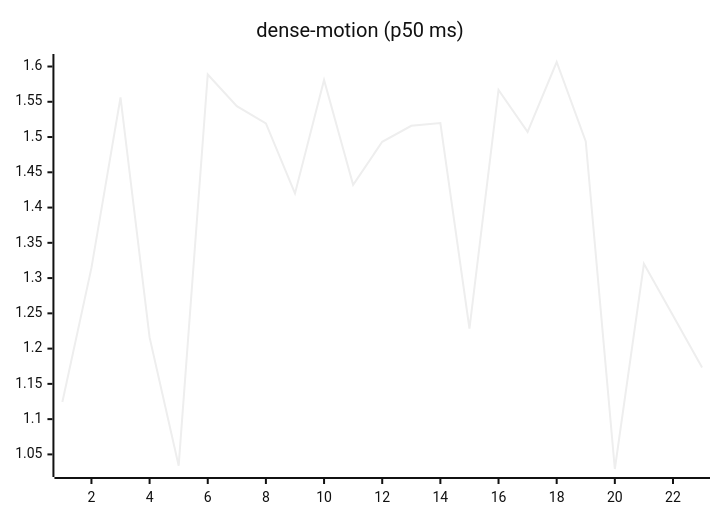
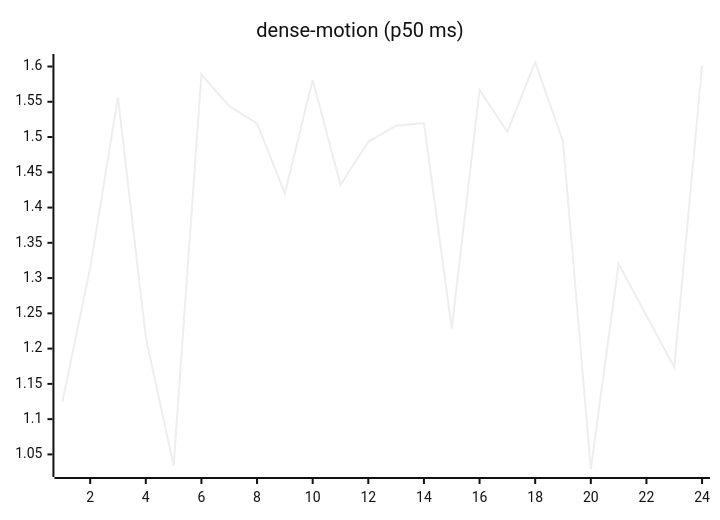
Before and after one commit to josha/Facet: the ninth of 27 diagrams in README.md, drawn with Mermaid (neutral theme). The commit also changed other lines of this file and 2 other files, not shown here.

````diff
--- a/README.md
+++ b/README.md
@@ -119,6 +119,6 @@
 ```mermaid
 xychart-beta
     title "dense-motion (p50 ms)"
-    x-axis 1 --> 23
-    line [1.1243, 1.3144, 1.5562, 1.2159, 1.0340, 1.5887, 1.5438, 1.5193, 1.4201, 1.5809, 1.4323, 1.4933, 1.5160, 1.5198, 1.2285, 1.5668, 1.5073, 1.6064, 1.4938, 1.0293, 1.3202, 1.2469, 1.1733]
+    x-axis 1 --> 24
+    line [1.1243, 1.3144, 1.5562, 1.2159, 1.0340, 1.5887, 1.5438, 1.5193, 1.4201, 1.5809, 1.4323, 1.4933, 1.5160, 1.5198, 1.2285, 1.5668, 1.5073, 1.6064, 1.4938, 1.0293, 1.3202, 1.2469, 1.1733, 1.6011]
 ```
````
